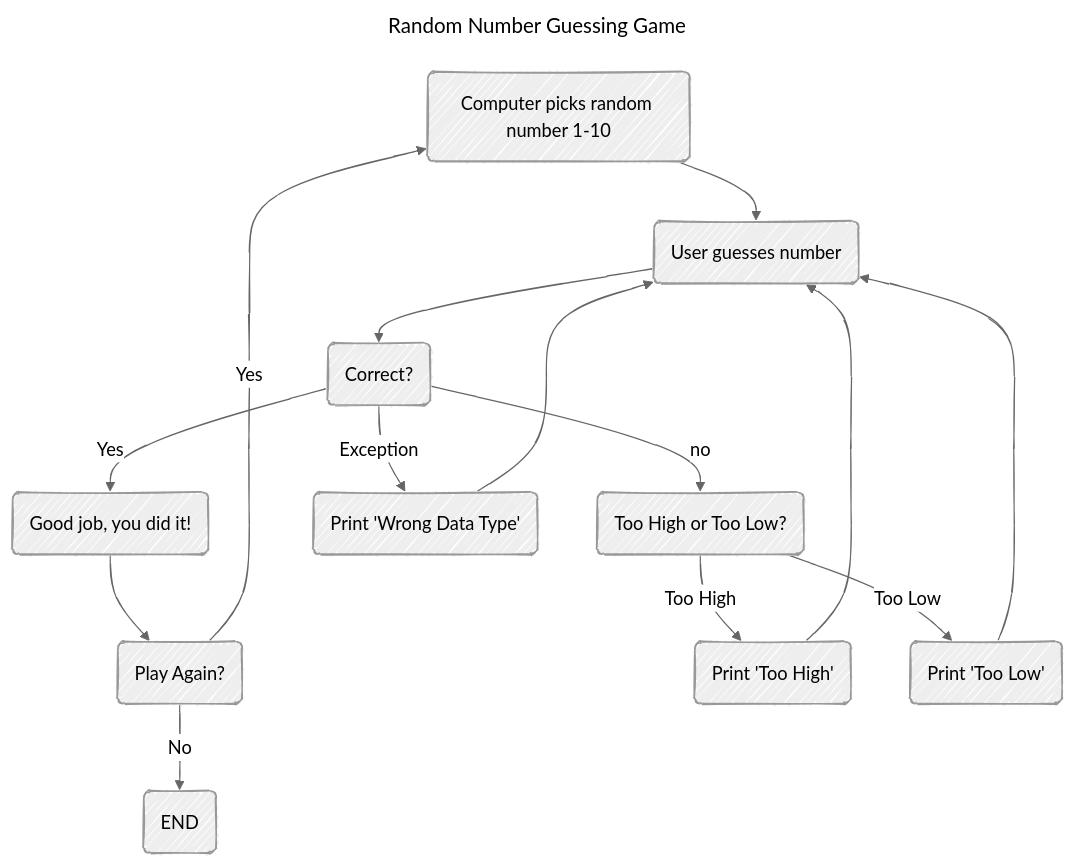
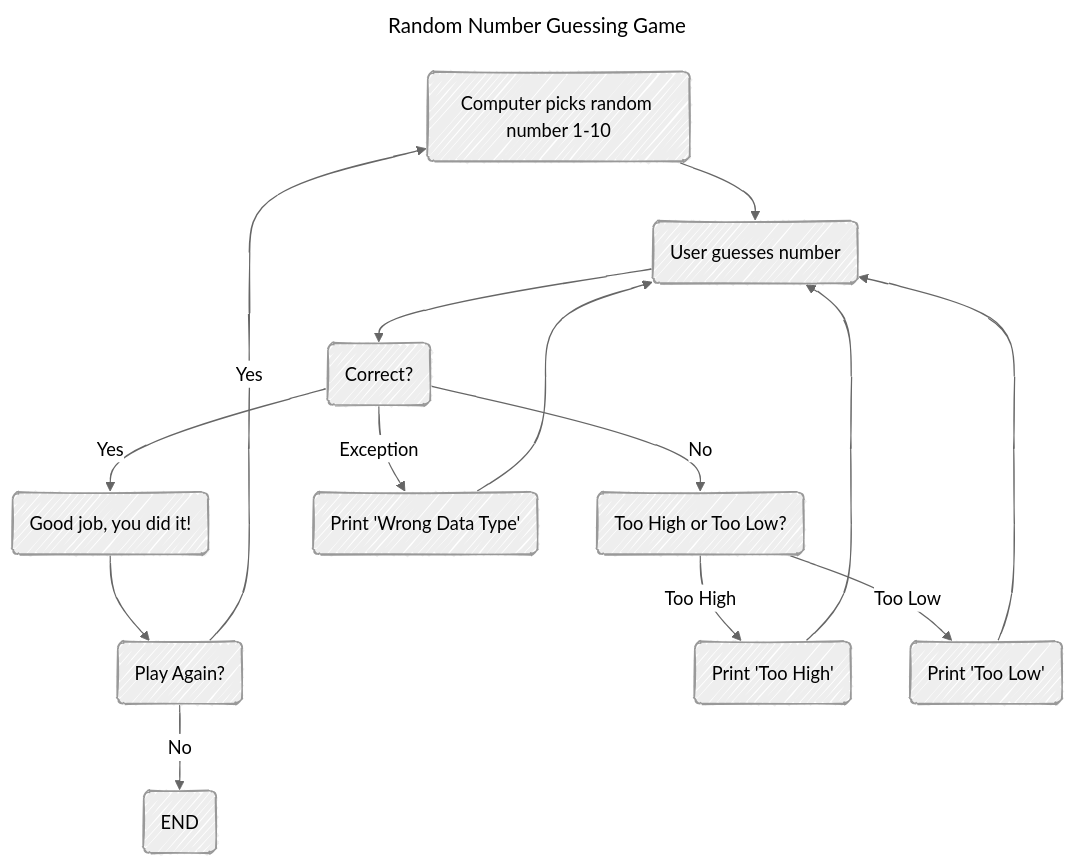
The diagram in Guessing.md (etbrowne0/etbrowne0.github.io), drawn with Mermaid before and after one commit. The commit also changed other lines of this file, not shown here.

````diff
--- a/Guessing.md
+++ b/Guessing.md
@@ -1,23 +1,23 @@
 ```mermaid
 ---
 title: Random Number Guessing Game
 config: 
     look: handDrawn
     theme: neutral
 ---
 flowchart TD
 Computer(Computer picks random number 1-10)-->user(User guesses number)
 user--> correct(Correct?)
 correct-->|Yes|outgood(Good job, you did it!)
 outgood-->play
 play(Play Again?)-->|Yes|Computer
 play-->|No|END(END)
-correct-->|no|incorrect(Too High or Too Low?)
+correct-->|No|incorrect(Too High or Too Low?)
 
 incorrect-->|Too High|printhi(Print 'Too High')
 incorrect-->|Too Low|printlow(Print 'Too Low')
 printlow-->user
 printhi-->user
 correct-->|Exception|wrongdt(Print 'Wrong Data Type') 
 wrongdt--> user
 ```
````
